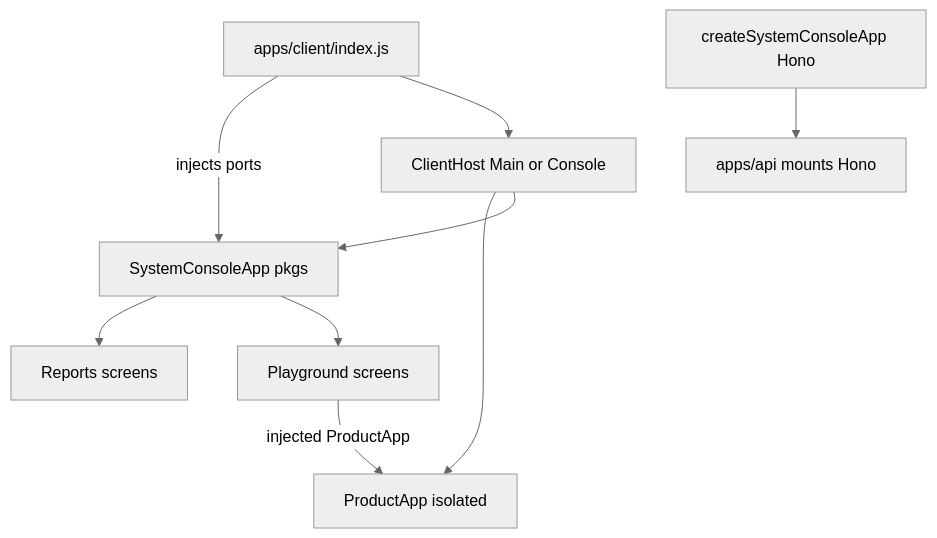
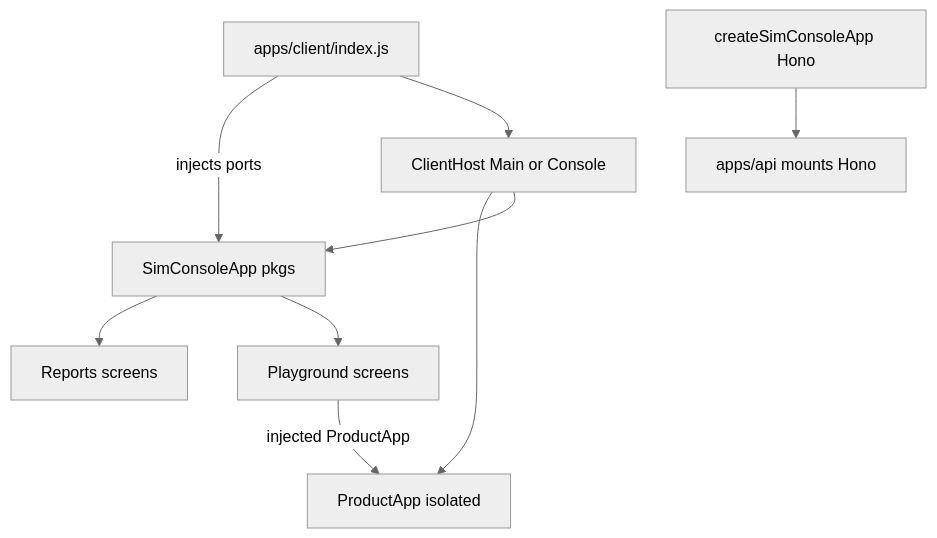
The diagram in .cursor/plans/compose_client_sub-apps_41b71ec6.plan.md (crvouga/gamezilla), drawn with Mermaid (neutral theme) before and after one commit. The commit also changed other lines of this file and 72 other files, not shown here.

First line of the commit message:
refactor(sim-console): rename system-console to sim-console and update related configurations

````diff
--- a/.cursor/plans/compose_client_sub-apps_41b71ec6.plan.md
+++ b/.cursor/plans/compose_client_sub-apps_41b71ec6.plan.md
@@ -24,20 +24,20 @@
 ```mermaid
 flowchart TB
   entry["apps/client/index.js"]
   host["ClientHost Main or Console"]
   product["ProductApp isolated"]
-  consoleApp["SystemConsoleApp pkgs"]
+  consoleApp["SimConsoleApp pkgs"]
   reports["Reports screens"]
   playground["Playground screens"]
-  hono["createSystemConsoleApp Hono"]
+  hono["createSimConsoleApp Hono"]
   api["apps/api mounts Hono"]
 
   entry -->|"injects ports"| consoleApp
   entry --> host
   host --> product
   host --> consoleApp
   consoleApp --> reports
   consoleApp --> playground
   playground -->|"injected ProductApp"| product
   hono --> api
 ```
````
